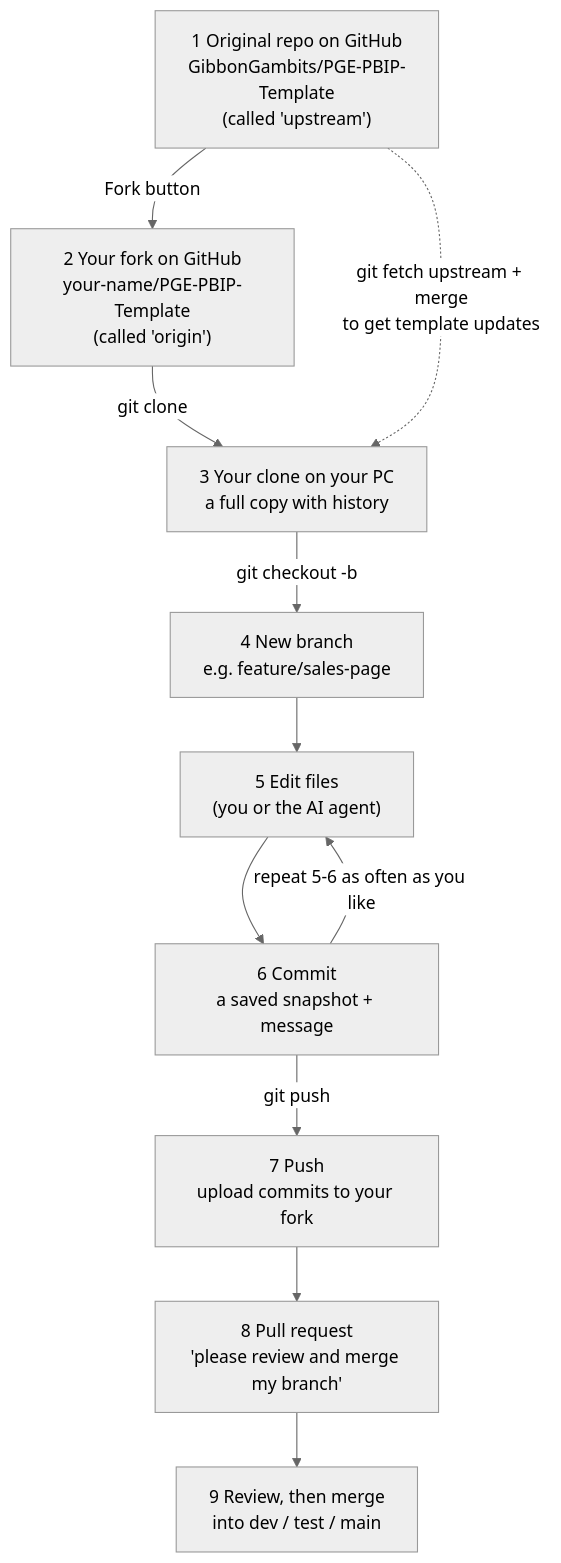
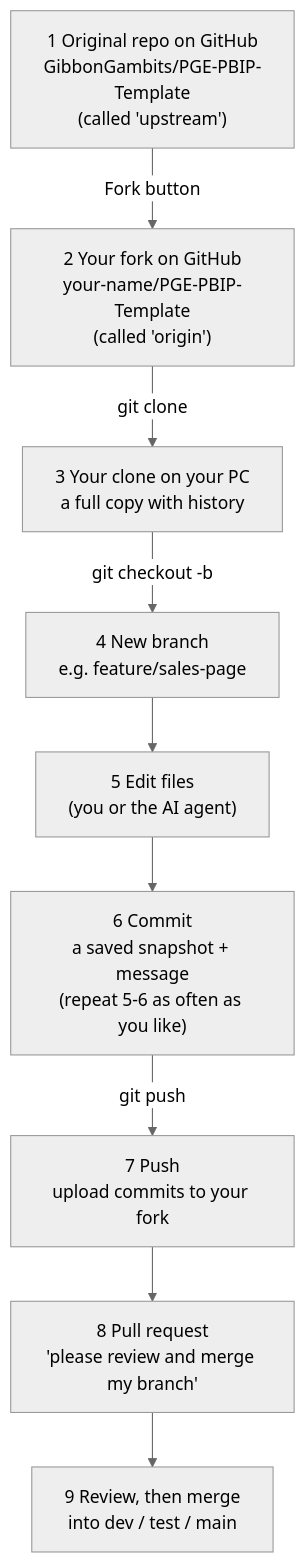
One commit to GibbonGambits/PGE-PBIP-Template changed the diagram in guide/images/src/03-1-git-flow.mmd. Above: the diagram before and after it, drawn with Mermaid (neutral theme). The commit also changed 36 other files, not shown here.

First line of the commit message:
docs(guide): redraw section 00-03 diagrams to one-direction, split large ones

```diff
--- a/guide/images/src/03-1-git-flow.mmd
+++ b/guide/images/src/03-1-git-flow.mmd
@@ -1,18 +1,16 @@
 flowchart TB
   UP["1 Original repo on GitHub<br/>GibbonGambits/PGE-PBIP-Template<br/>(called 'upstream')"]:::ext
   FORK["2 Your fork on GitHub<br/>your-name/PGE-PBIP-Template<br/>(called 'origin')"]:::ext
   LOCAL["3 Your clone on your PC<br/>a full copy with history"]:::you
   BR["4 New branch<br/>e.g. feature/sales-page"]:::g
   ED["5 Edit files<br/>(you or the AI agent)"]:::a
-  CM["6 Commit<br/>a saved snapshot + message"]:::g
+  CM["6 Commit<br/>a saved snapshot + message<br/>(repeat 5-6 as often as you like)"]:::g
   PS["7 Push<br/>upload commits to your fork"]:::g
   PR["8 Pull request<br/>'please review and merge my branch'"]:::ext
   MG["9 Review, then merge<br/>into dev / test / main"]:::ext
   UP -- "Fork button" --> FORK
   FORK -- "git clone" --> LOCAL
   LOCAL -- "git checkout -b" --> BR
   BR --> ED --> CM
-  CM -- "repeat 5-6 as often as you like" --> ED
   CM -- "git push" --> PS
   PS --> PR --> MG
-  UP -. "git fetch upstream + merge<br/>to get template updates" .-> LOCAL
```
